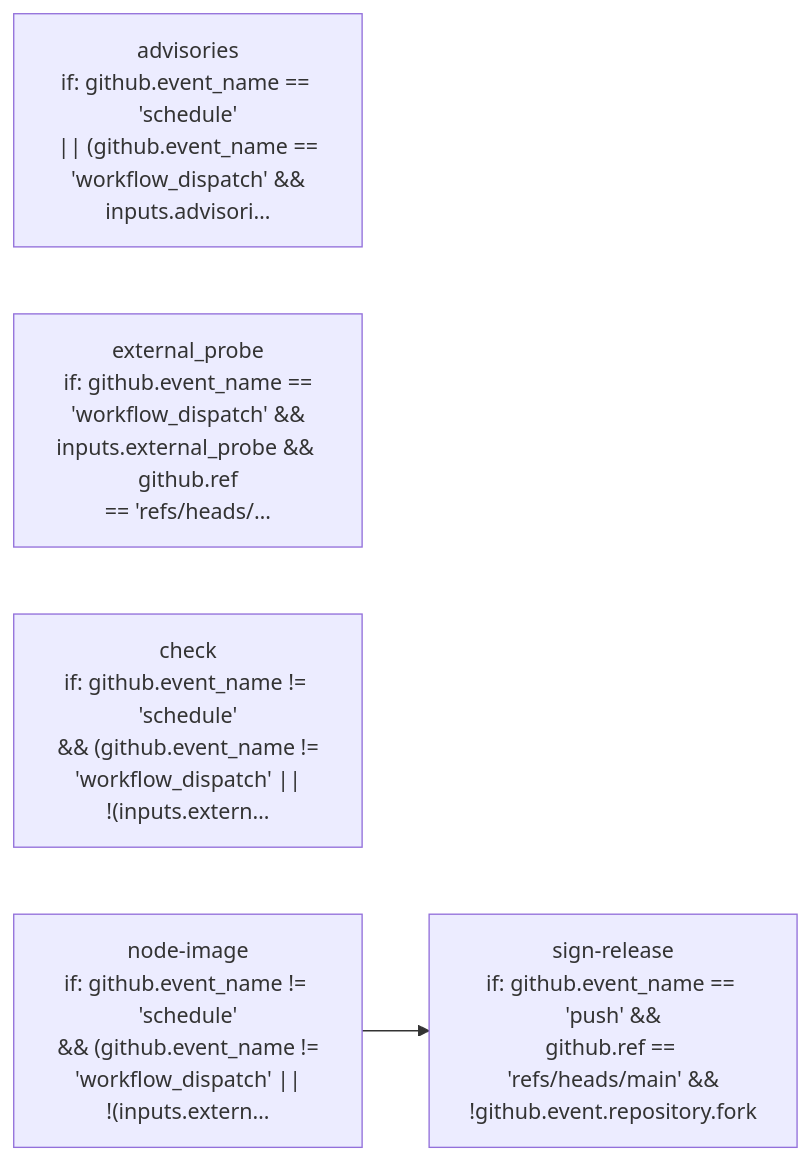
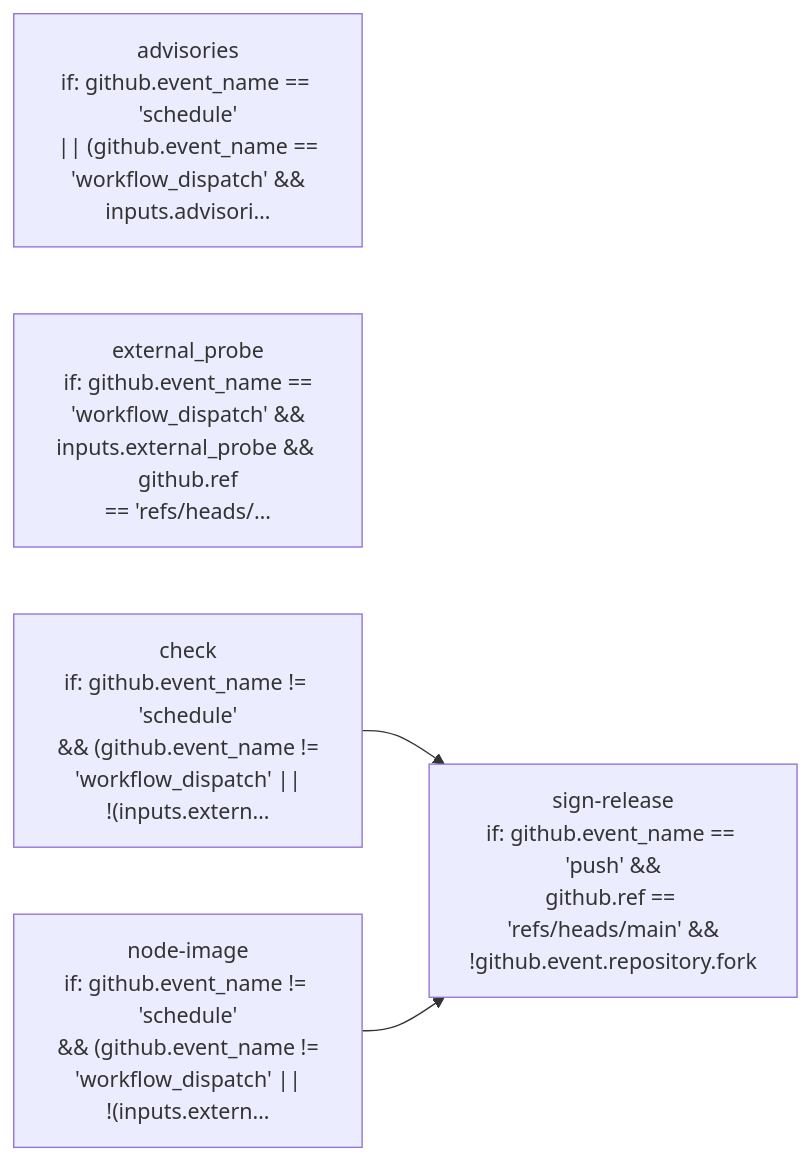
One commit to amerged-org/cloudflare-postgres changed the diagram in docs/architecture/mermaider/ci-pipeline.mmd. Above: the diagram before and after it, drawn with Mermaid. The commit also changed 16 other files, not shown here.

```diff
--- a/docs/architecture/mermaider/ci-pipeline.mmd
+++ b/docs/architecture/mermaider/ci-pipeline.mmd
@@ -1,7 +1,8 @@
 flowchart LR
     n_a6e574012643["advisories<br/>if: github.event_name == 'schedule'<br/>|| (github.event_name ==<br/>'workflow_dispatch' #38;#38;<br/>inputs.advisori…"]
     n_961dc845a911["sign-release<br/>if: github.event_name == 'push' #38;#38;<br/>github.ref == 'refs/heads/main' #38;#38;<br/>!github.event.repository.fork"]
     n_d92200072b60["external_probe<br/>if: github.event_name ==<br/>'workflow_dispatch' #38;#38;<br/>inputs.external_probe #38;#38; github.ref<br/>== 'refs/heads/…"]
     n_58381b3e9536["check<br/>if: github.event_name != 'schedule'<br/>#38;#38; (github.event_name !=<br/>'workflow_dispatch' ||<br/>!(inputs.extern…"]
     n_20a964d54b2b["node-image<br/>if: github.event_name != 'schedule'<br/>#38;#38; (github.event_name !=<br/>'workflow_dispatch' ||<br/>!(inputs.extern…"]
+    n_58381b3e9536 --> n_961dc845a911
     n_20a964d54b2b --> n_961dc845a911
```
